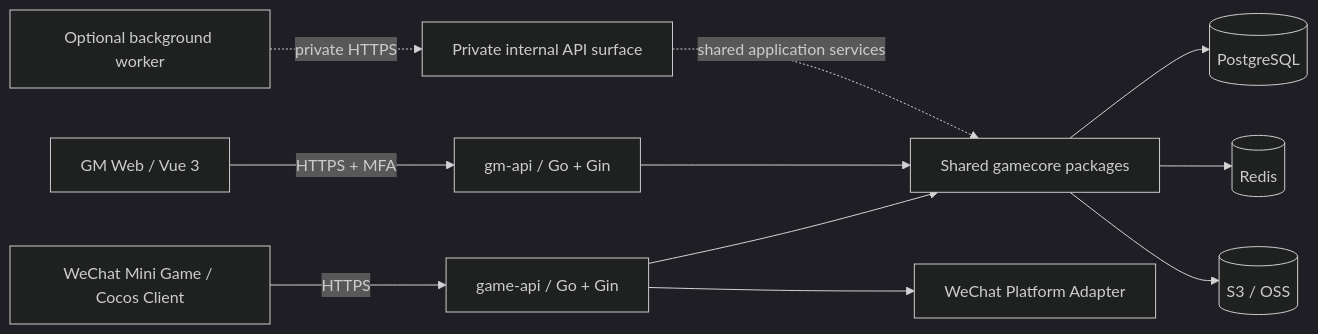
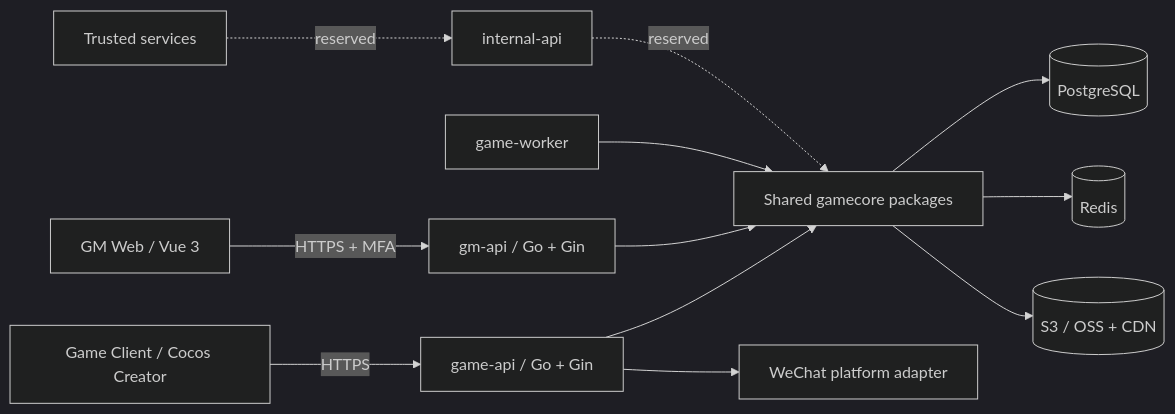
Before and after one commit to Sakuya1998/game-platform: the diagram in docs/architecture/decisions.md, drawn with Mermaid (dark theme). The commit also changed other lines of this file and 35 other files, not shown here.

First line of the commit message:
feat: update implementation roadmap for baseline v2.0 and phases

````diff
--- a/docs/architecture/decisions.md
+++ b/docs/architecture/decisions.md
@@ -16,13 +30,14 @@
 ```mermaid
 flowchart LR
-  Client[WeChat Mini Game / Cocos Client] -->|HTTPS| GameAPI[game-api / Go + Gin]
+  Client[Game Client / Cocos Creator] -->|HTTPS| GameAPI[game-api / Go + Gin]
   GMWeb[GM Web / Vue 3] -->|HTTPS + MFA| GMAPI[gm-api / Go + Gin]
   GameAPI --> Core[Shared gamecore packages]
   GMAPI --> Core
+  Worker[game-worker] --> Core
   Core --> PG[(PostgreSQL)]
   Core --> Redis[(Redis)]
-  Core --> Object[(S3 / OSS)]
-  GameAPI --> WX[WeChat Platform Adapter]
-  Worker[Optional background worker] -. private HTTPS .-> Internal[Private internal API surface]
-  Internal -. shared application services .-> Core
+  Core --> Object[(S3 / OSS + CDN)]
+  GameAPI --> WX[WeChat platform adapter]
+  Services[Trusted services] -. reserved .-> Internal[internal-api]
+  Internal -. reserved .-> Core
 ```
````
